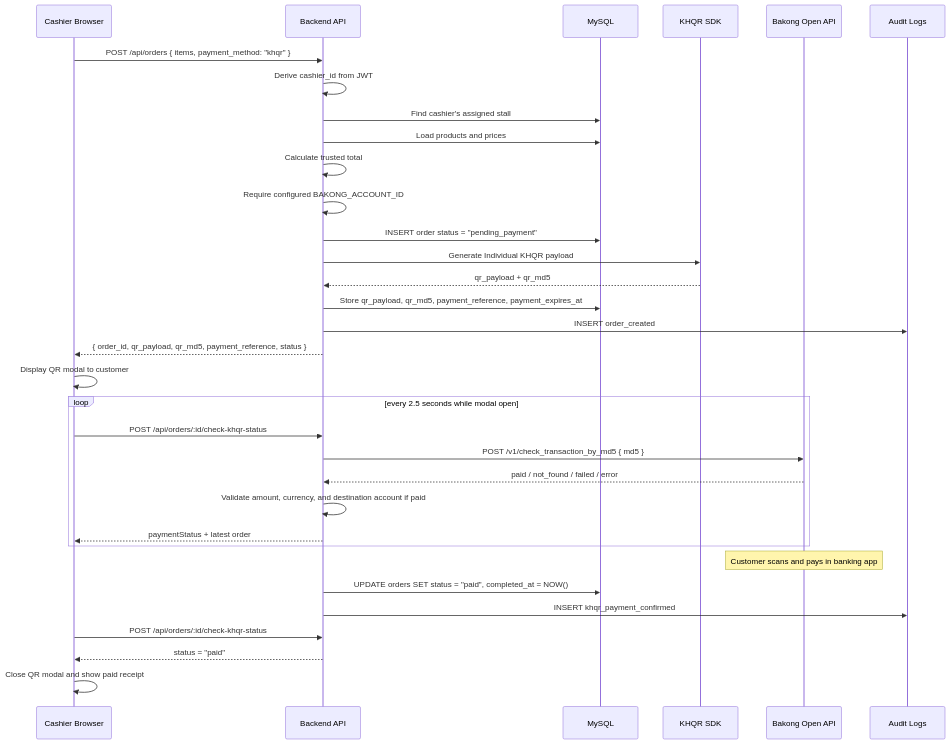
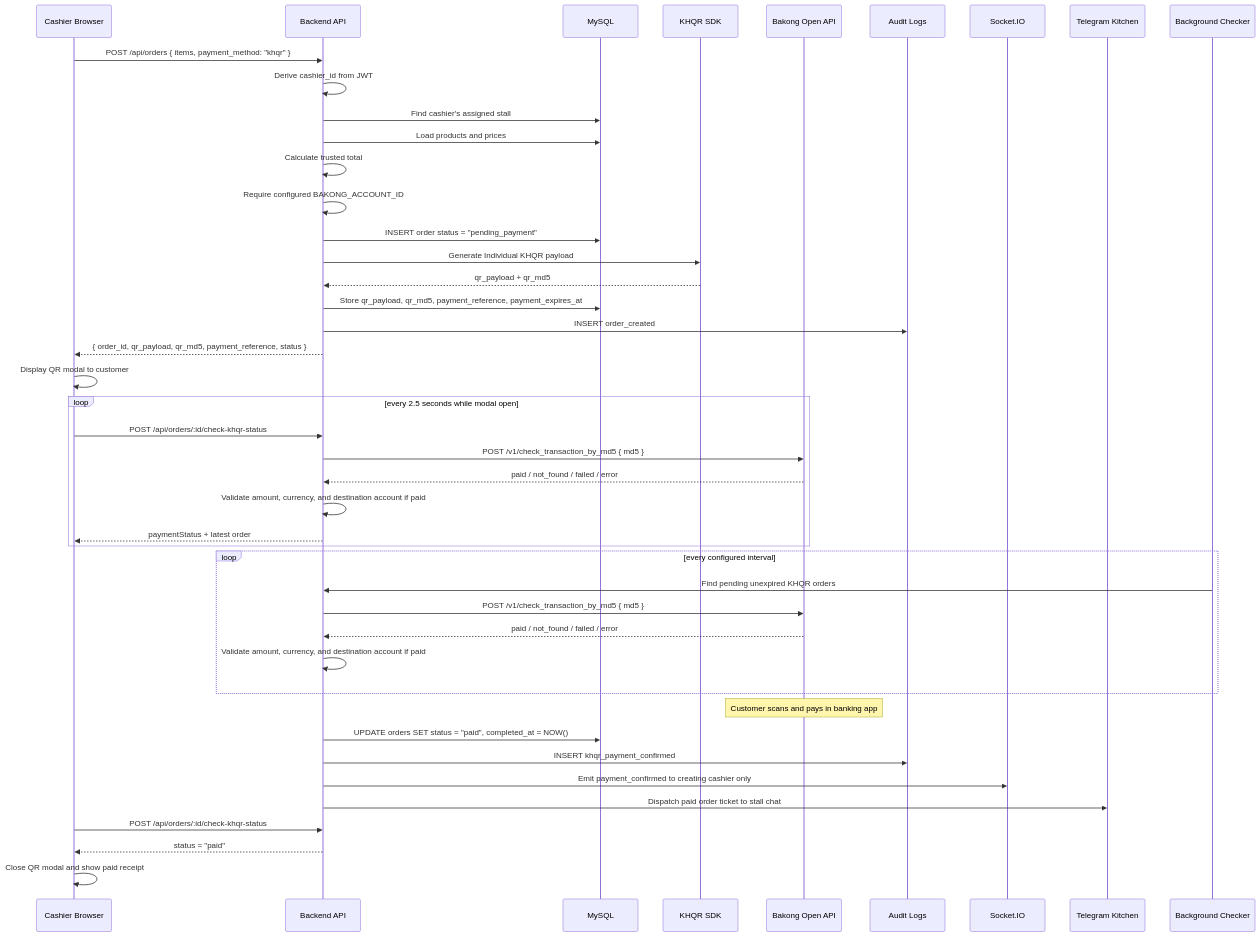
The second of 2 diagrams in docs/design/payment-flow.md (sothyvan/TOUB_POS), drawn with Mermaid before and after one commit. The commit also changed other lines of this file and 30 other files, not shown here.

Commit message:
feat(payment): integrate Socket.IO for real-time payment confirmation and kitchen ticket updates

````diff
--- a/docs/design/payment-flow.md
+++ b/docs/design/payment-flow.md
@@ -70,38 +72,50 @@
 ```mermaid
 sequenceDiagram
     participant C as Cashier Browser
     participant API as Backend API
     participant DB as MySQL
     participant KHQR as KHQR SDK
     participant B as Bakong Open API
     participant AUD as Audit Logs
+    participant WS as Socket.IO
+    participant TG as Telegram Kitchen
+    participant BG as Background Checker
 
     C->>API: POST /api/orders { items, payment_method: "khqr" }
     API->>API: Derive cashier_id from JWT
     API->>DB: Find cashier's assigned stall
     API->>DB: Load products and prices
     API->>API: Calculate trusted total
     API->>API: Require configured BAKONG_ACCOUNT_ID
     API->>DB: INSERT order status = "pending_payment"
     API->>KHQR: Generate Individual KHQR payload
     KHQR-->>API: qr_payload + qr_md5
     API->>DB: Store qr_payload, qr_md5, payment_reference, payment_expires_at
     API->>AUD: INSERT order_created
     API-->>C: { order_id, qr_payload, qr_md5, payment_reference, status }
 
     C->>C: Display QR modal to customer
     loop every 2.5 seconds while modal open
       C->>API: POST /api/orders/:id/check-khqr-status
       API->>B: POST /v1/check_transaction_by_md5 { md5 }
       B-->>API: paid / not_found / failed / error
       API->>API: Validate amount, currency, and destination account if paid
       API-->>C: paymentStatus + latest order
     end
 
+    loop every configured interval
+      BG->>API: Find pending unexpired KHQR orders
+      API->>B: POST /v1/check_transaction_by_md5 { md5 }
+      B-->>API: paid / not_found / failed / error
+      API->>API: Validate amount, currency, and destination account if paid
+    end
+
     Note over B: Customer scans and pays in banking app
     API->>DB: UPDATE orders SET status = "paid", completed_at = NOW()
     API->>AUD: INSERT khqr_payment_confirmed
+    API->>WS: Emit payment_confirmed to creating cashier only
+    API->>TG: Dispatch paid order ticket to stall chat
     C->>API: POST /api/orders/:id/check-khqr-status
     API-->>C: status = "paid"
     C->>C: Close QR modal and show paid receipt
 ```
````
